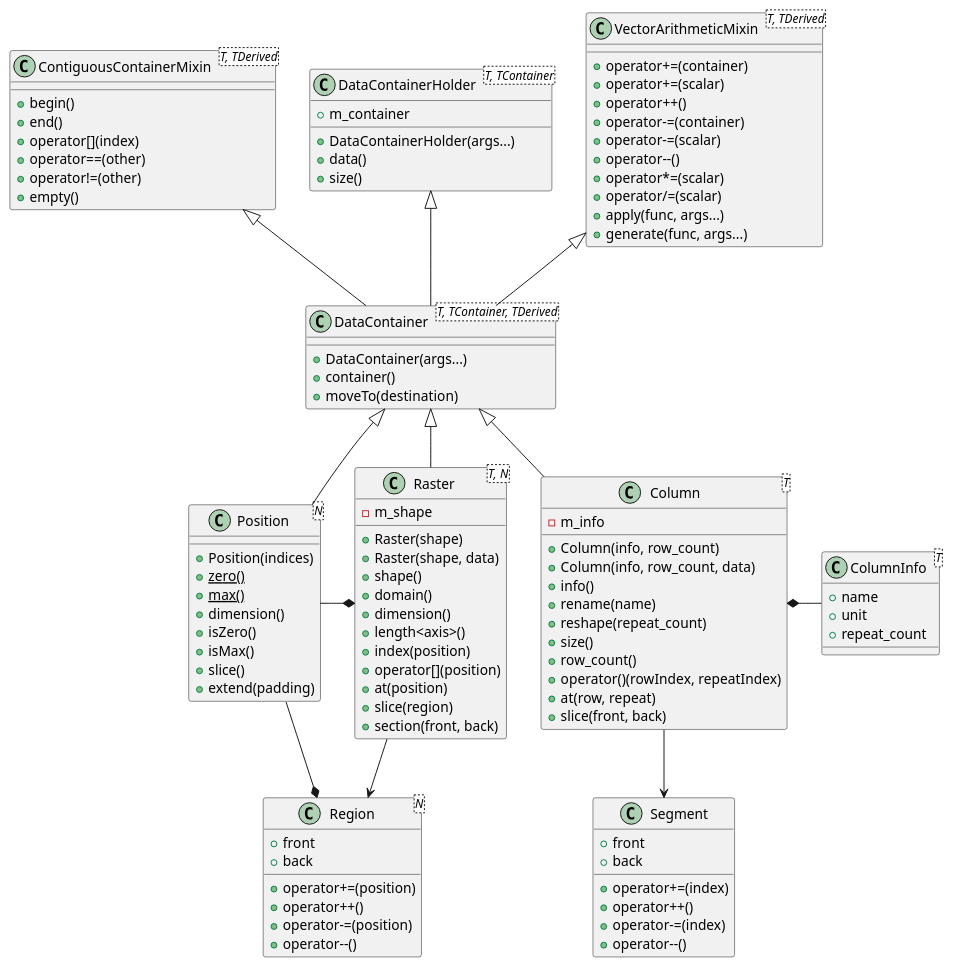
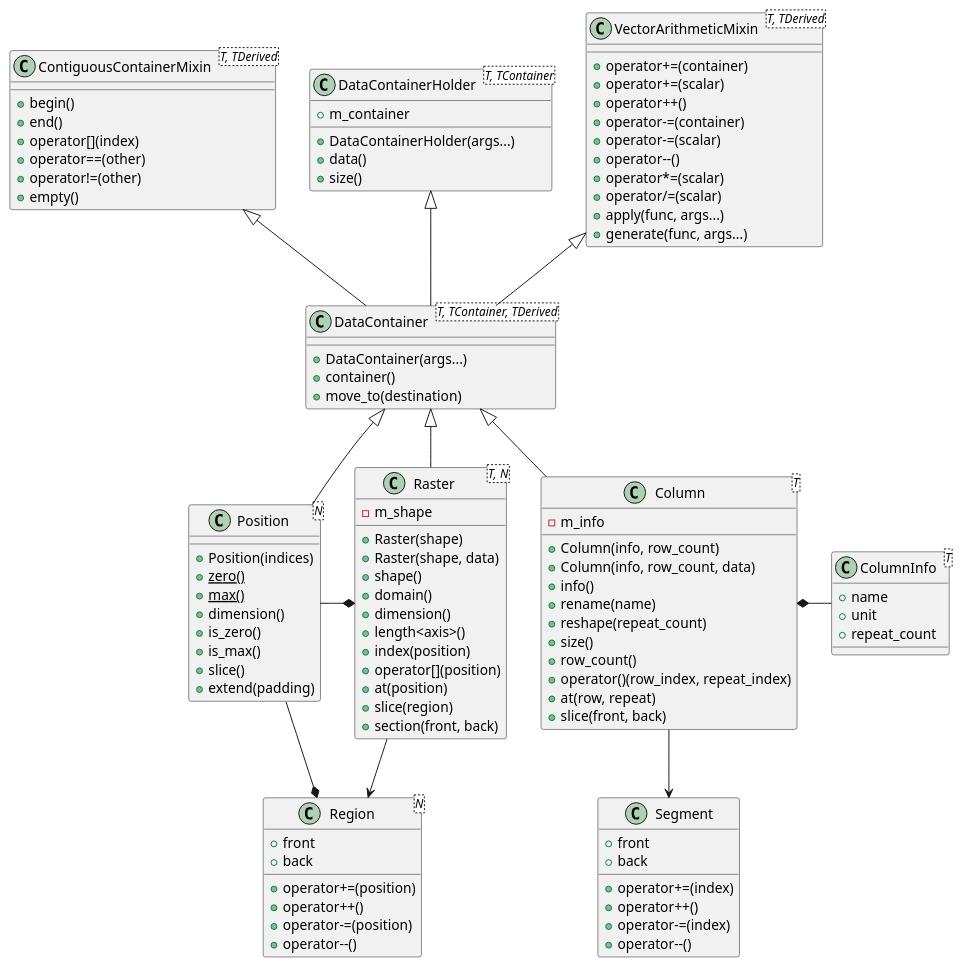
The diagram in doc/diagrams/src/FitsData.puml (CNES/EleFits), drawn with PlantUML before and after one commit. The commit also changed 77 other files, not shown here.

```diff
--- a/doc/diagrams/src/FitsData.puml
+++ b/doc/diagrams/src/FitsData.puml
@@ -1,103 +1,103 @@
 @startuml
 class ContiguousContainerMixin<T, TDerived> {
 + begin()
 + end()
 + operator[](index)
 + operator==(other)
 + operator!=(other)
 + empty()
 }
 class DataContainerHolder<T, TContainer> {
 + m_container
 + DataContainerHolder(args...)
 + data()
 + size()
 }
 class VectorArithmeticMixin<T, TDerived> {
 + operator+=(container)
 + operator+=(scalar)
 + operator++()
 + operator-=(container)
 + operator-=(scalar)
 + operator--()
 + operator*=(scalar)
 + operator/=(scalar)
 + apply(func, args...)
 + generate(func, args...)
 }
 class DataContainer<T, TContainer, TDerived> {
 + DataContainer(args...)
 + container()
-+ moveTo(destination)
++ move_to(destination)
 }
 class Position<N> {
 + Position(indices)
 + {static} zero()
 + {static} max()
 + dimension()
-+ isZero()
-+ isMax()
++ is_zero()
++ is_max()
 + slice()
 + extend(padding)
 }
 class Region<N> {
 + front
 + back
 + operator+=(position)
 + operator++()
 + operator-=(position)
 + operator--()
 }
 class Raster<T, N> {
 - m_shape
 + Raster(shape)
 + Raster(shape, data)
 + shape()
 + domain()
 + dimension()
 + length<axis>()
 + index(position)
 + operator[](position)
 + at(position)
 + slice(region)
 + section(front, back)
 }
 class Column<T> {
 - m_info
 + Column(info, row_count)
 + Column(info, row_count, data)
 + info()
 + rename(name)
 + reshape(repeat_count)
 + size()
 + row_count()
-+ operator()(rowIndex, repeatIndex)
++ operator()(row_index, repeat_index)
 + at(row, repeat)
 + slice(front, back)
 }
 class ColumnInfo<T> {
 + name
 + unit
 + repeat_count
 }
 class Segment {
 + front
 + back
 + operator+=(index)
 + operator++()
 + operator-=(index)
 + operator--()
 }
 
 ContiguousContainerMixin <|-- DataContainer
 DataContainerHolder <|-- DataContainer
 VectorArithmeticMixin <|-- DataContainer
 DataContainer <|-- Position
 DataContainer <|-- Raster
 DataContainer <|-- Column
 Position --* Region
 Position -* Raster
 Raster --> Region
 Column *- ColumnInfo
 Column --> Segment
 @enduml
```
